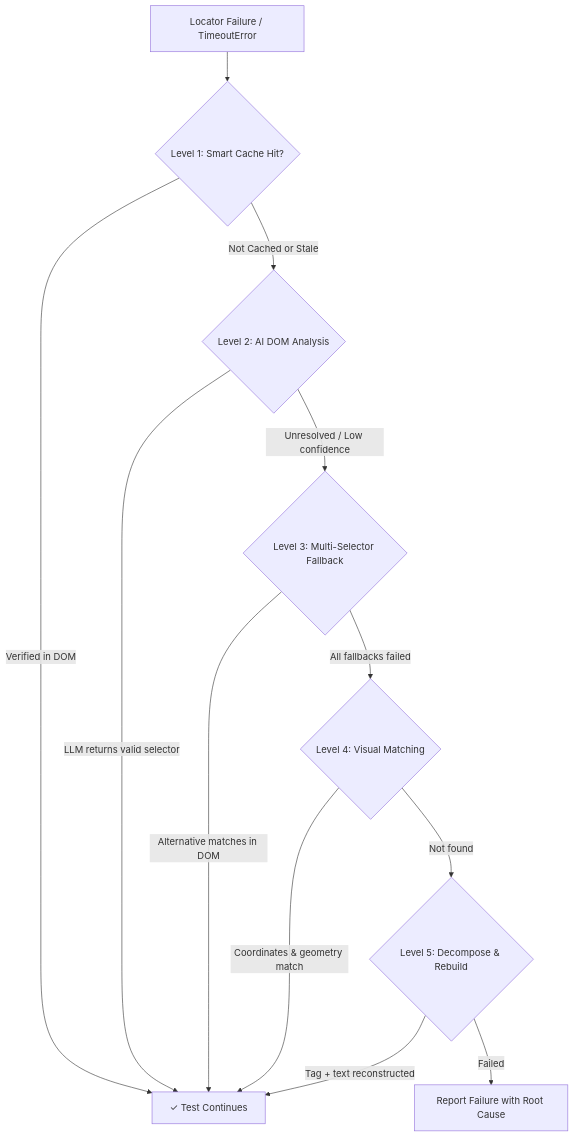
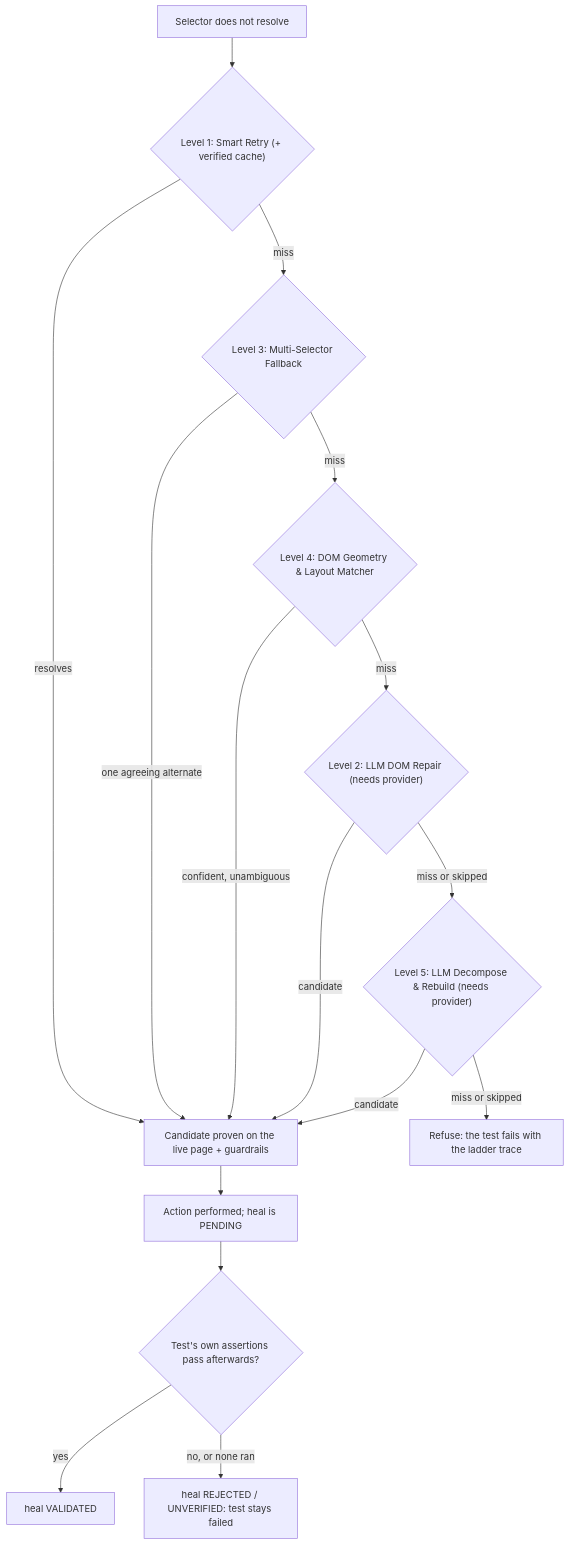
The diagram in USER_GUIDE.md (mrhpsingh01/AgentQA), drawn with Mermaid before and after one commit. The commit also changed other lines of this file and 92 other files, not shown here.

````diff
--- a/USER_GUIDE.md
+++ b/USER_GUIDE.md
@@ -172,14 +172,18 @@
 ```mermaid
 flowchart TD
-    FAIL["Locator Failure / TimeoutError"] --> L1{"Level 1: Smart Cache Hit?"}
-    L1 -->|Verified in DOM| PASS["✓ Test Continues"]
-    L1 -->|Not Cached or Stale| L2{"Level 2: AI DOM Analysis"}
-    L2 -->|LLM returns valid selector| PASS
-    L2 -->|Unresolved / Low confidence| L3{"Level 3: Multi-Selector Fallback"}
-    L3 -->|Alternative matches in DOM| PASS
-    L3 -->|All fallbacks failed| L4{"Level 4: Visual Matching"}
-    L4 -->|Coordinates & geometry match| PASS
-    L4 -->|Not found| L5{"Level 5: Decompose & Rebuild"}
-    L5 -->|Tag + text reconstructed| PASS
-    L5 -->|Failed| ERROR["Report Failure with Root Cause"]
+    FAIL["Selector does not resolve"] --> L1{"Level 1: Smart Retry (+ verified cache)"}
+    L1 -->|resolves| PEND
+    L1 -->|miss| L3{"Level 3: Multi-Selector Fallback"}
+    L3 -->|one agreeing alternate| PEND
+    L3 -->|miss| L4{"Level 4: DOM Geometry & Layout Matcher"}
+    L4 -->|confident, unambiguous| PEND
+    L4 -->|miss| L2{"Level 2: LLM DOM Repair (needs provider)"}
+    L2 -->|candidate| PEND
+    L2 -->|miss or skipped| L5{"Level 5: LLM Decompose & Rebuild (needs provider)"}
+    L5 -->|candidate| PEND
+    L5 -->|miss or skipped| REFUSE["Refuse: the test fails with the ladder trace"]
+    PEND["Candidate proven on the live page + guardrails"] --> APPLY["Action performed; heal is PENDING"]
+    APPLY --> ASSERT{"Test's own assertions pass afterwards?"}
+    ASSERT -->|yes| OK["heal VALIDATED"]
+    ASSERT -->|no, or none ran| NO["heal REJECTED / UNVERIFIED: test stays failed"]
 ```
````
